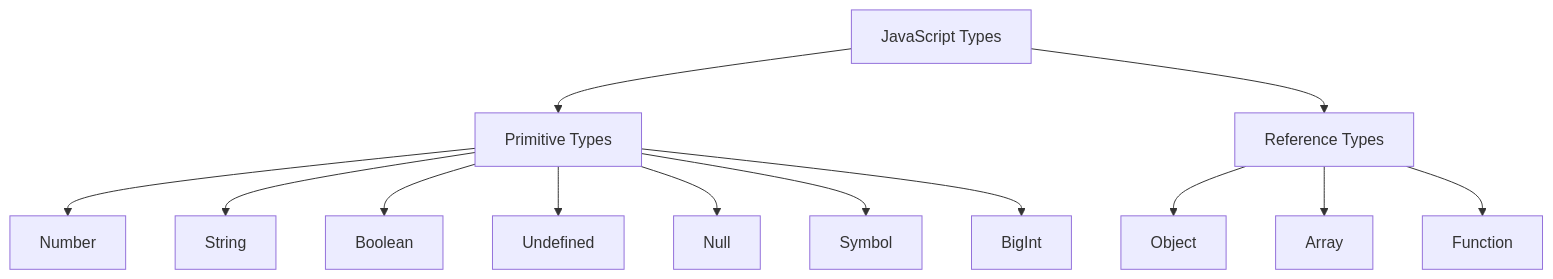
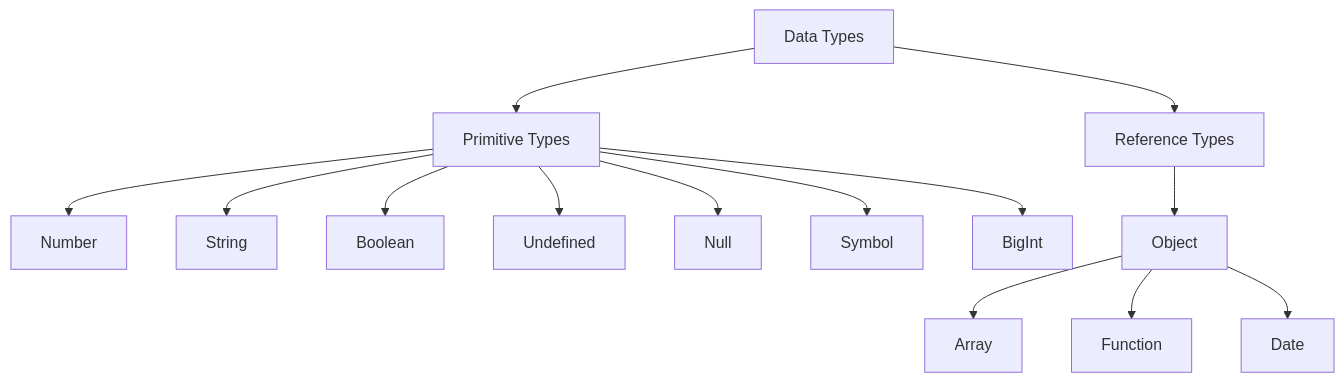
Before and after one commit to KRISACHAN/ying-web: the diagram in apps/fe-docs/pages/interview/javascript/2-variables-and-types.mdx, drawn with Mermaid. The commit also changed other lines of this file and 13 other files, not shown here.

Commit message:
docs: ✨ enhance JavaScript interview documentation

````diff
--- a/apps/fe-docs/pages/interview/javascript/2-variables-and-types.mdx
+++ b/apps/fe-docs/pages/interview/javascript/2-variables-and-types.mdx
@@ -5,15 +24,16 @@
 ```mermaid
 graph TD
-    A[JavaScript Types] --> B[Primitive Types]
+    A[Data Types] --> B[Primitive Types]
     A --> C[Reference Types]
     B --> D[Number]
     B --> E[String]
     B --> F[Boolean]
     B --> G[Undefined]
     B --> H[Null]
     B --> I[Symbol]
     B --> J[BigInt]
     C --> K[Object]
-    C --> L[Array]
-    C --> M[Function]
+    K --> L[Array]
+    K --> M[Function]
+    K --> N[Date]
 ```
````
